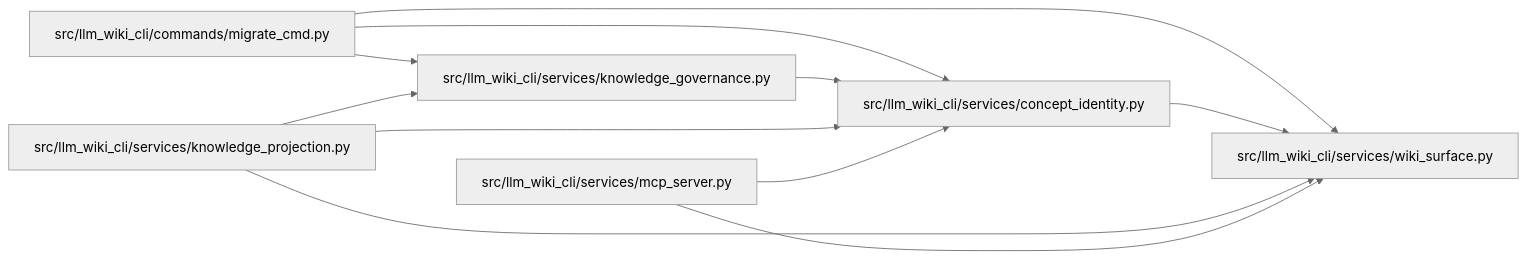
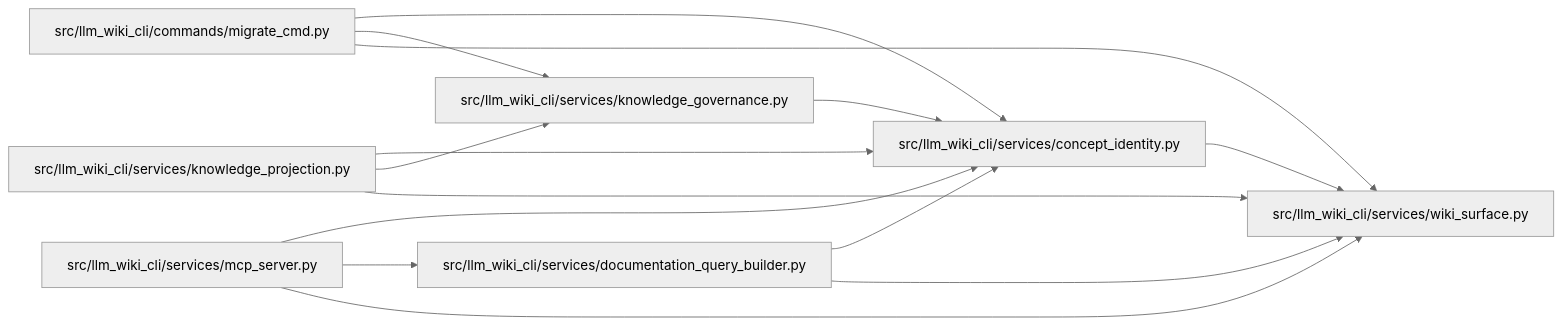
The diagram in docs/llm_wiki/modules/concept_identity.md (Denissvgn/python-wiki-llm), drawn with Mermaid (neutral theme) before and after one commit. The commit also changed other lines of this file and 364 other files, not shown here.

````diff
--- a/docs/llm_wiki/modules/concept_identity.md
+++ b/docs/llm_wiki/modules/concept_identity.md
@@ -35,25 +35,30 @@
 ```mermaid
 flowchart LR
     n0["src/llm_wiki_cli/commands/migrate_cmd.py"]
     n1["src/llm_wiki_cli/services/concept_identity.py"]
-    n2["src/llm_wiki_cli/services/knowledge_governance.py"]
-    n3["src/llm_wiki_cli/services/knowledge_projection.py"]
-    n4["src/llm_wiki_cli/services/mcp_server.py"]
-    n5["src/llm_wiki_cli/services/wiki_surface.py"]
+    n2["src/llm_wiki_cli/services/documentation_query_builder.py"]
+    n3["src/llm_wiki_cli/services/knowledge_governance.py"]
+    n4["src/llm_wiki_cli/services/knowledge_projection.py"]
+    n5["src/llm_wiki_cli/services/mcp_server.py"]
+    n6["src/llm_wiki_cli/services/wiki_surface.py"]
     n0 --> n1
-    n0 --> n2
-    n0 --> n5
-    n1 --> n5
+    n0 --> n3
+    n0 --> n6
+    n1 --> n6
     n2 --> n1
+    n2 --> n6
     n3 --> n1
-    n3 --> n2
-    n3 --> n5
     n4 --> n1
-    n4 --> n5
+    n4 --> n3
+    n4 --> n6
+    n5 --> n1
+    n5 --> n2
+    n5 --> n6
     click n0 "../modules/migrate_cmd.md"
     click n1 "../modules/concept_identity.md"
-    click n2 "../modules/knowledge_governance.md"
-    click n3 "../modules/knowledge_projection.md"
-    click n4 "../modules/mcp_server.md"
-    click n5 "../modules/wiki_surface.md"
+    click n2 "../modules/documentation_query_builder.md"
+    click n3 "../modules/knowledge_governance.md"
+    click n4 "../modules/knowledge_projection.md"
+    click n5 "../modules/mcp_server.md"
+    click n6 "../modules/wiki_surface.md"
 ```
````
